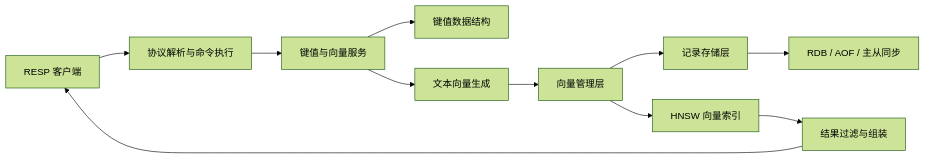
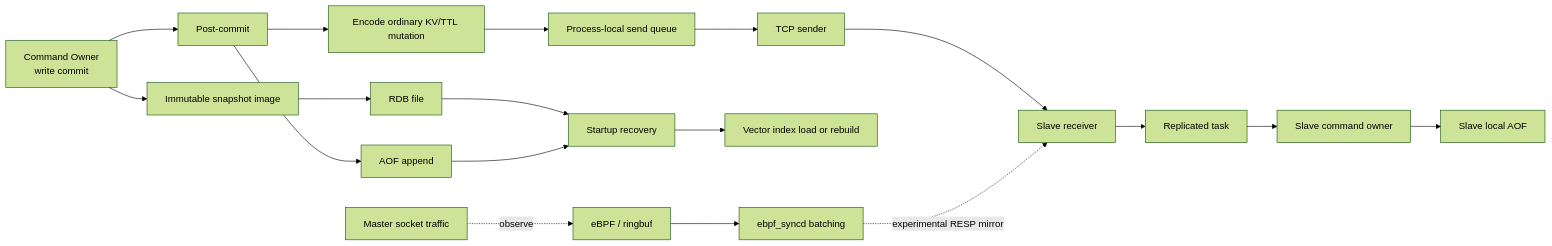
Before and after one commit to 208822032/Roven: the second of 4 diagrams in README.md, drawn with Mermaid (forest theme). The commit also changed other lines of this file and 7 other files, not shown here.

````diff
--- a/README.md
+++ b/README.md
@@ -67,16 +158,22 @@
 ```mermaid
 flowchart LR
-    C[RESP 客户端] --> CMD[协议解析与命令执行]
-    CMD --> SVC[键值与向量服务]
+    W[Command Owner<br/>write commit] --> P[Post-commit]
+    P --> A[AOF append]
+    P --> E[Encode ordinary KV/TTL mutation]
+    E --> Q[Process-local send queue]
+    Q --> S[TCP sender]
+    S --> RX[Slave receiver]
+    RX --> RT[Replicated task]
+    RT --> RO[Slave command owner]
+    RO --> SA[Slave local AOF]
 
-    SVC --> KV[键值数据结构]
-    SVC --> EMB[文本向量生成]
-    EMB --> VM[向量管理层]
+    W --> I[Immutable snapshot image]
+    I --> RDB[RDB file]
+    RDB --> START[Startup recovery]
+    A --> START
+    START --> IDX[Vector index load or rebuild]
 
-    VM --> RS[记录存储层]
-    VM --> IDX[HNSW 向量索引]
-
-    RS --> PERSIST[RDB / AOF / 主从同步]
-    IDX --> RESULT[结果过滤与组装]
-    RESULT --> C
+    TRAFFIC[Master socket traffic] -. observe .-> BPF[eBPF / ringbuf]
+    BPF --> SYNCD[ebpf_syncd batching]
+    SYNCD -. experimental RESP mirror .-> RX
 ```
````
